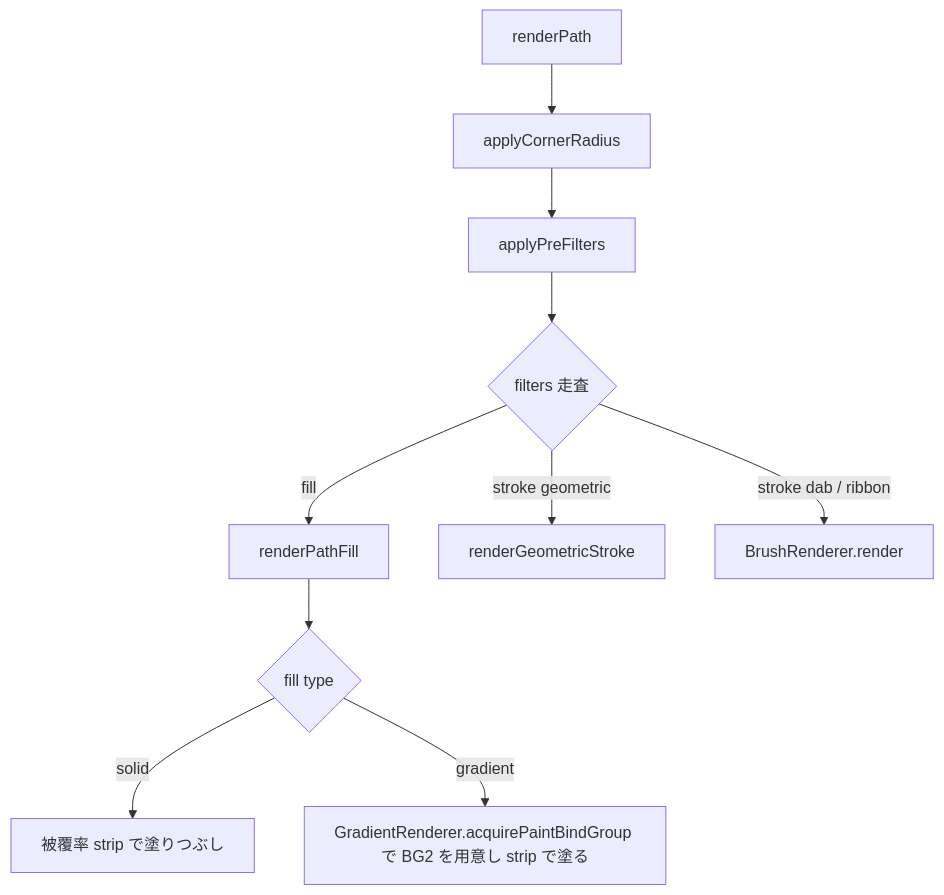
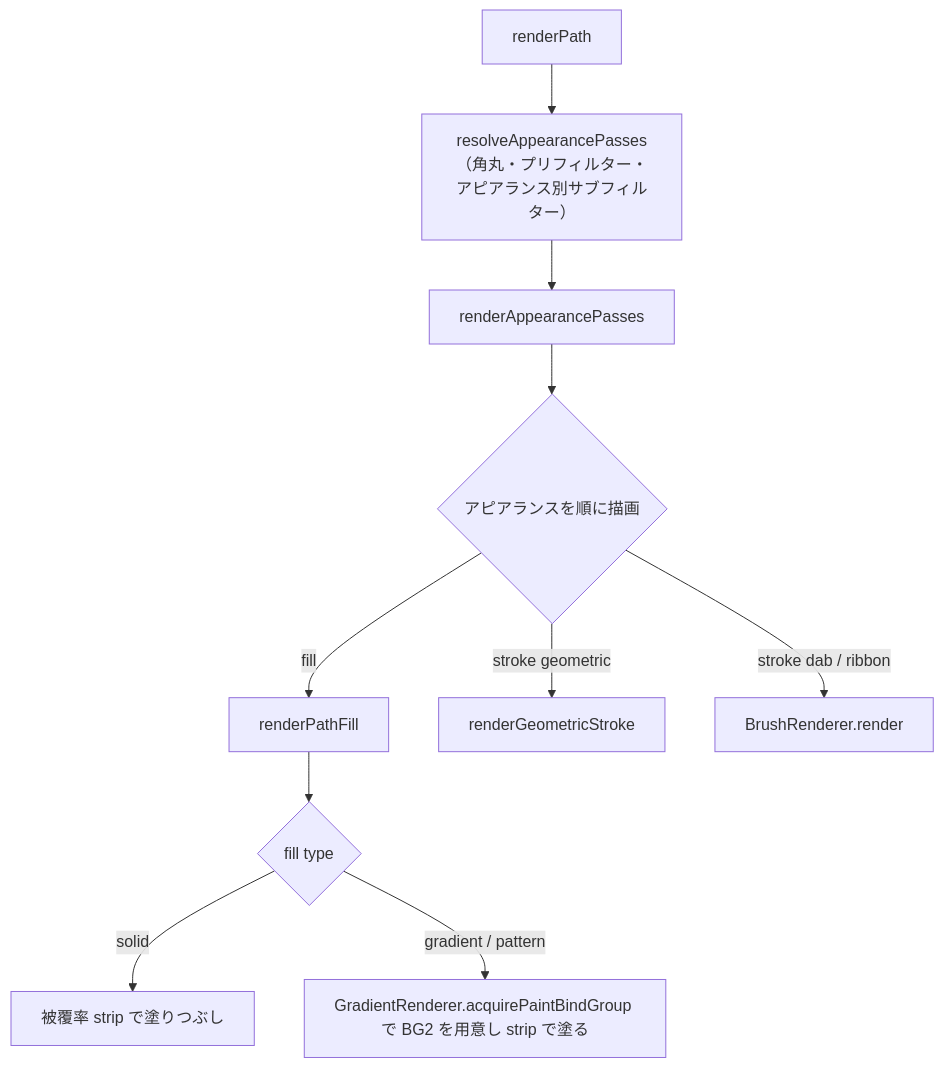
Before and after one commit to hanakla/paplico: the first of 2 diagrams in pkgs/web/src/app/devdocs/renderer/elements/page.mdx, drawn with Mermaid. The commit also changed other lines of this file and 37 other files, not shown here.

````diff
--- a/pkgs/web/src/app/devdocs/renderer/elements/page.mdx
+++ b/pkgs/web/src/app/devdocs/renderer/elements/page.mdx
@@ -48,12 +57,12 @@
 ```mermaid
 flowchart TD
-    A[renderPath] --> B[applyCornerRadius]
-    B --> C[applyPreFilters]
-    C --> D{filters 走査}
+    A[renderPath] --> B["resolveAppearancePasses\n（角丸・プリフィルター・アピアランス別サブフィルター）"]
+    B --> C[renderAppearancePasses]
+    C --> D{アピアランスを順に描画}
     D -->|fill| E[renderPathFill]
     D -->|stroke geometric| F[renderGeometricStroke]
     D -->|stroke dab / ribbon| G["BrushRenderer.render"]
     E --> E1{fill type}
     E1 -->|solid| E2[被覆率 strip で塗りつぶし]
-    E1 -->|gradient| E3["GradientRenderer.acquirePaintBindGroup で BG2 を用意し strip で塗る"]
+    E1 -->|gradient / pattern| E3["GradientRenderer.acquirePaintBindGroup で BG2 を用意し strip で塗る"]
 ```
````
